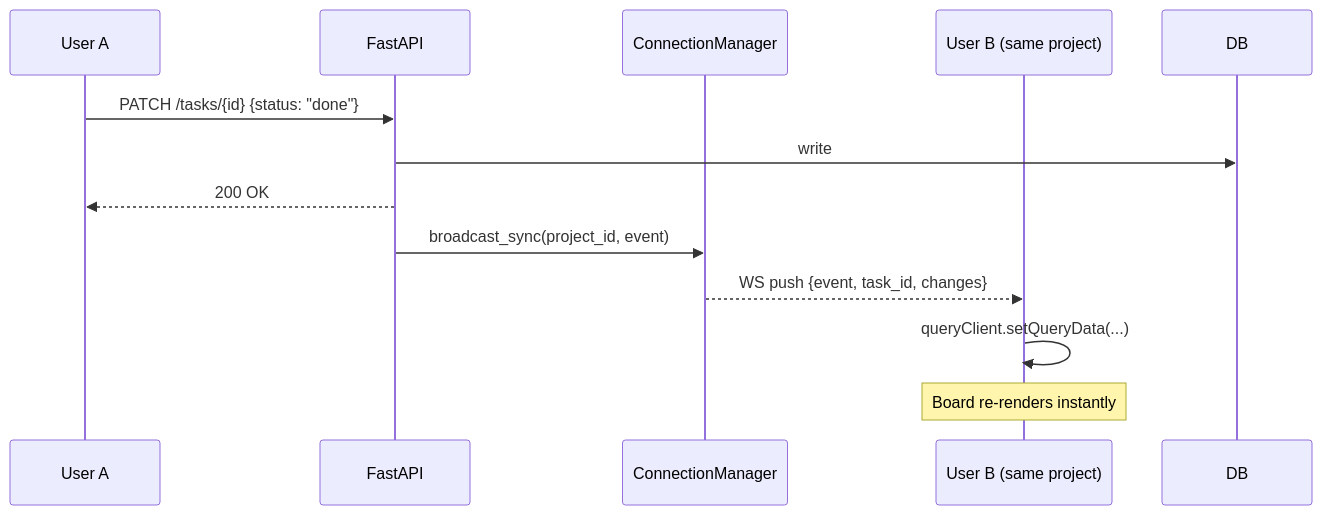
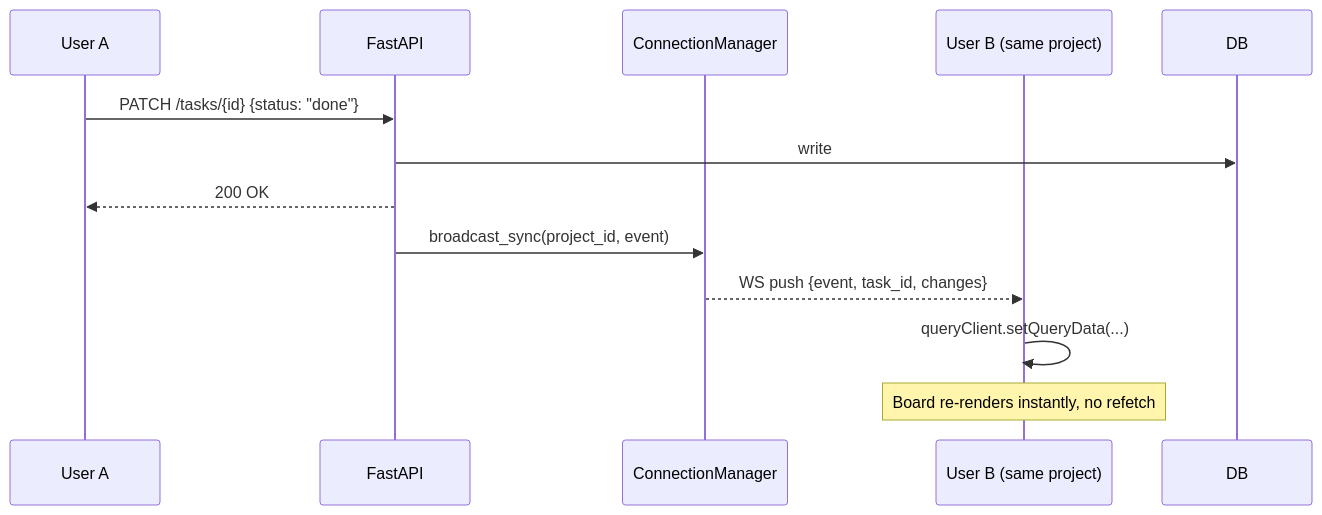
Before and after one commit to Aniket-BPHC/taskflow: the second of 2 diagrams in README.md, drawn with Mermaid. The commit also changed other lines of this file, not shown here.

````diff
--- a/README.md
+++ b/README.md
@@ -61,15 +59,15 @@
 ```mermaid
 sequenceDiagram
     participant A as User A
     participant API as FastAPI
     participant CM as ConnectionManager
     participant B as User B (same project)
 
     A->>API: PATCH /tasks/{id} {status: "done"}
     API->>DB: write
     API-->>A: 200 OK
     API->>CM: broadcast_sync(project_id, event)
     CM-->>B: WS push {event, task_id, changes}
     B->>B: queryClient.setQueryData(...)
-    Note over B: Board re-renders instantly
+    Note over B: Board re-renders instantly, no refetch
 ```
````
